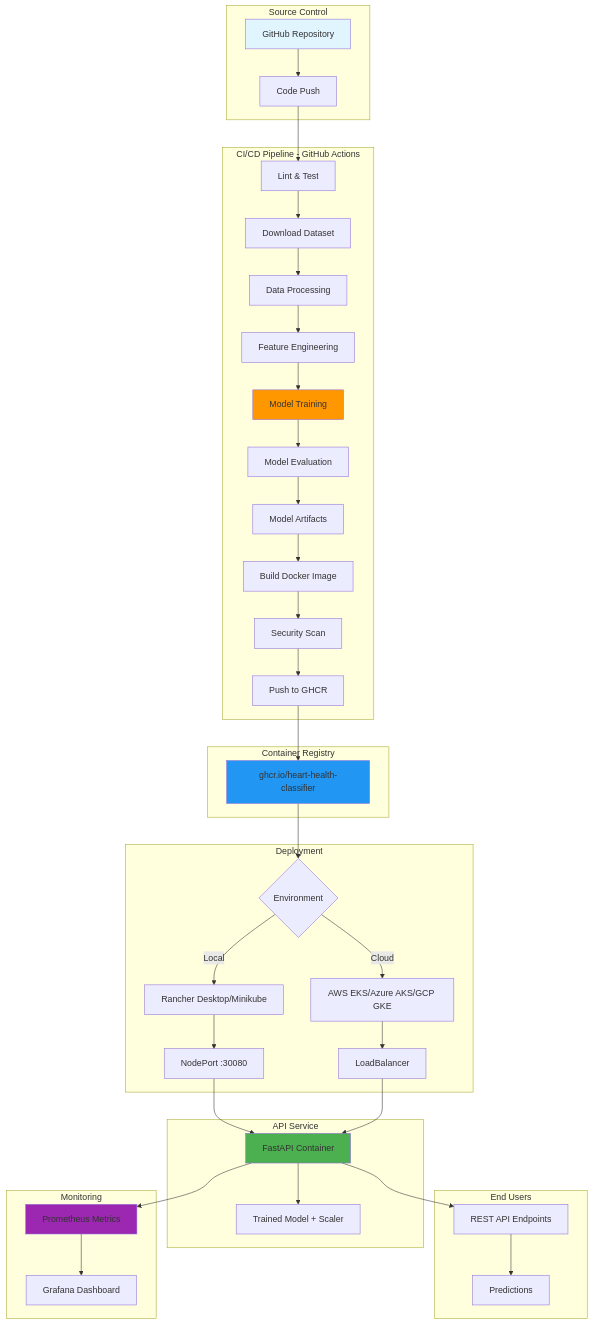
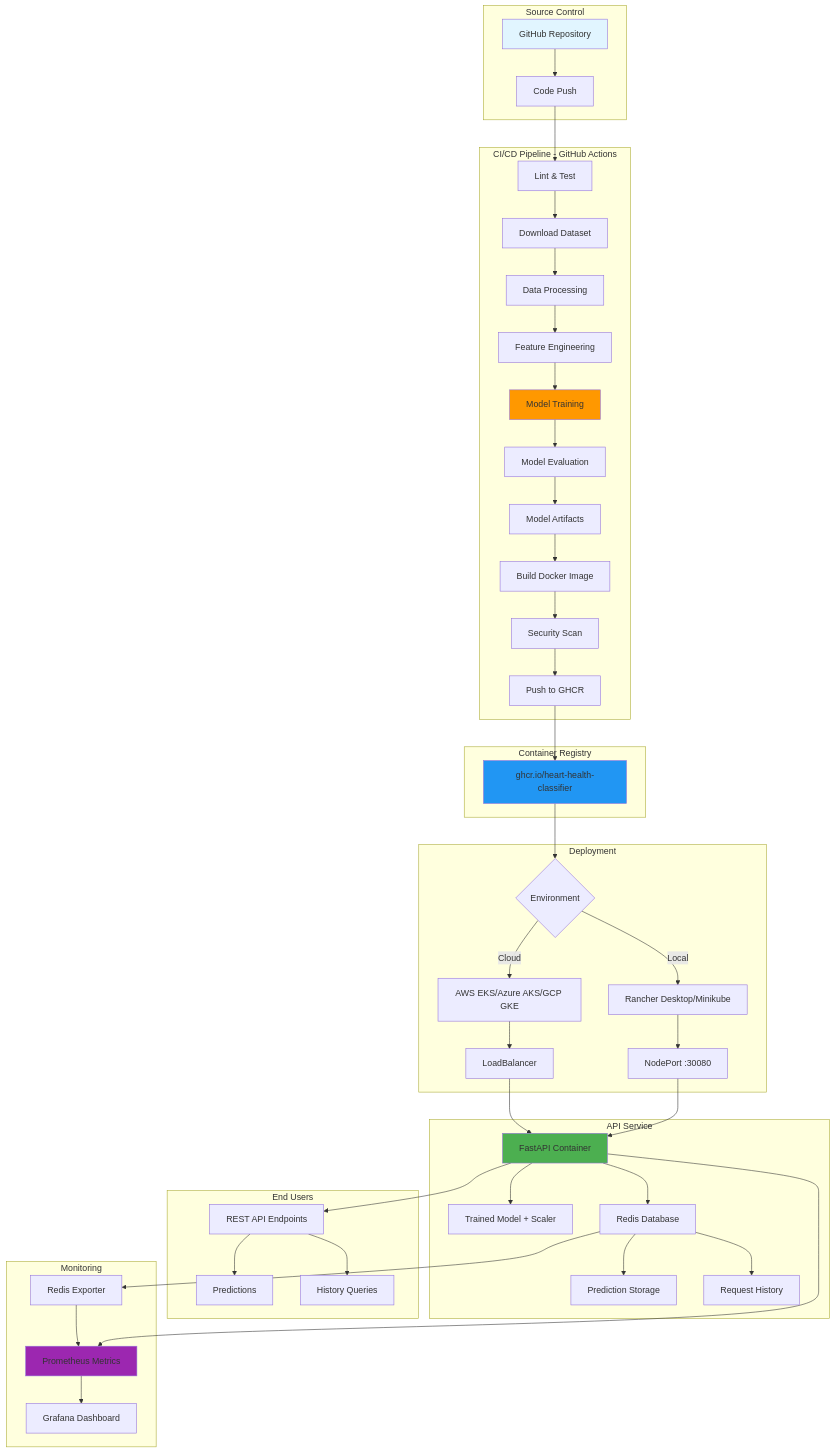
Before and after one commit to 2024ac05841-design/heart-health-classifier: the first of 5 diagrams in README.md, drawn with Mermaid. The commit also changed other lines of this file and 21 other files, not shown here.

````diff
--- a/README.md
+++ b/README.md
@@ -48,53 +48,59 @@
 ```mermaid
 graph TB
     subgraph "Source Control"
         A[GitHub Repository] --> B[Code Push]
     end
     
     subgraph "CI/CD Pipeline - GitHub Actions"
         B --> C[Lint & Test]
         C --> D[Download Dataset]
         D --> E[Data Processing]
         E --> F[Feature Engineering]
         F --> G[Model Training]
         G --> H[Model Evaluation]
         H --> I[Model Artifacts]
         I --> J[Build Docker Image]
         J --> JS[Security Scan]
         JS --> K[Push to GHCR]
     end
     
     subgraph "Container Registry"
         K --> L[ghcr.io/heart-health-classifier]
     end
     
     subgraph "Deployment"
         L --> M{Environment}
         M -->|Local| N[Rancher Desktop/Minikube]
         M -->|Cloud| O[AWS EKS/Azure AKS/GCP GKE]
         N --> P[NodePort :30080]
         O --> Q[LoadBalancer]
     end
     
     subgraph "API Service"
         P --> R[FastAPI Container]
         Q --> R
         R --> S[Trained Model + Scaler]
+        R --> RD[Redis Database]
+        RD --> RD1[Prediction Storage]
+        RD --> RD2[Request History]
     end
     
     subgraph "End Users"
         R --> T[REST API Endpoints]
         T --> U[Predictions]
+        T --> UH[History Queries]
     end
     
     subgraph "Monitoring"
         R --> V[Prometheus Metrics]
+        RD --> RE[Redis Exporter]
+        RE --> V
         V --> W[Grafana Dashboard]
     end
     
     style A fill:#e1f5ff
     style G fill:#ff9800
     style L fill:#2196f3
     style R fill:#4caf50
     style V fill:#9c27b0
 ```
````
